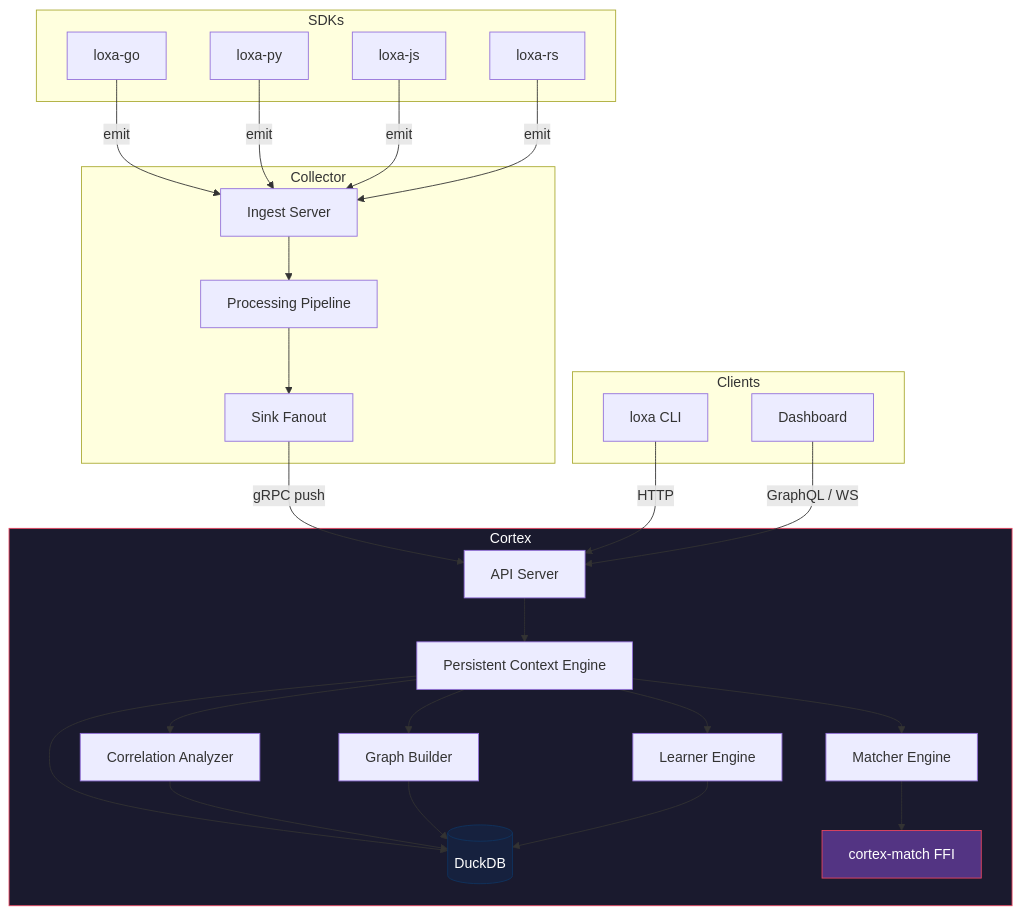
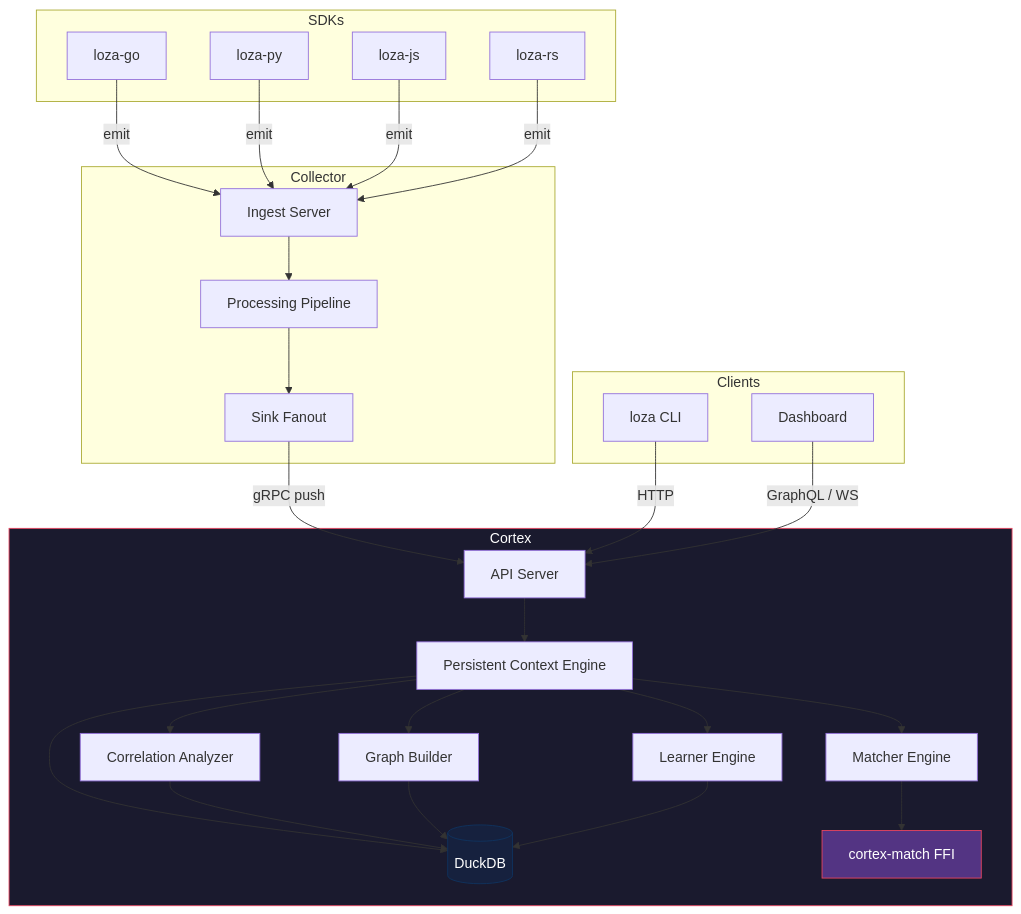
Before and after one commit to Astraive/loxa: the first of 2 diagrams in cortex/docs/architecture.md, drawn with Mermaid. The commit also changed other lines of this file and 1108 other files, not shown here.

````diff
--- a/cortex/docs/architecture.md
+++ b/cortex/docs/architecture.md
@@ -7,58 +7,58 @@
 ```mermaid
 flowchart TB
     subgraph SDKs
-        GoSDK[loxa-go]
-        PySDK[loxa-py]
-        JsSDK[loxa-js]
-        RsSDK[loxa-rs]
+        GoSDK[loza-go]
+        PySDK[loza-py]
+        JsSDK[loza-js]
+        RsSDK[loza-rs]
     end
 
     subgraph Collector
         Ingest[Ingest Server]
         Processing[Processing Pipeline]
         Fanout[Sink Fanout]
     end
 
     subgraph Cortex
         APIServer[API Server]
         PCE[Persistent Context Engine]
         MatcherEngine[Matcher Engine]
         LearnerEngine[Learner Engine]
         CorrelationEngine[Correlation Analyzer]
         GraphBuilder[Graph Builder]
         Storage[(DuckDB)]
         RustFFI[cortex-match FFI]
     end
 
     subgraph Clients
-        CLI[loxa CLI]
+        CLI[loza CLI]
         Dashboard[Dashboard]
     end
 
     GoSDK -->|emit| Ingest
     PySDK -->|emit| Ingest
     JsSDK -->|emit| Ingest
     RsSDK -->|emit| Ingest
 
     Ingest --> Processing
     Processing --> Fanout
     Fanout -->|gRPC push| APIServer
 
     APIServer --> PCE
     PCE --> Storage
     PCE --> GraphBuilder
     PCE --> MatcherEngine
     MatcherEngine --> RustFFI
     PCE --> LearnerEngine
     PCE --> CorrelationEngine
     CorrelationEngine --> Storage
     GraphBuilder --> Storage
     LearnerEngine --> Storage
 
     CLI -->|HTTP| APIServer
     Dashboard -->|GraphQL / WS| APIServer
 
     style Cortex fill:#1a1a2e,stroke:#e94560,color:#fff
     style Storage fill:#16213e,stroke:#0f3460,color:#fff
     style RustFFI fill:#533483,stroke:#e94560,color:#fff
 ```
````
